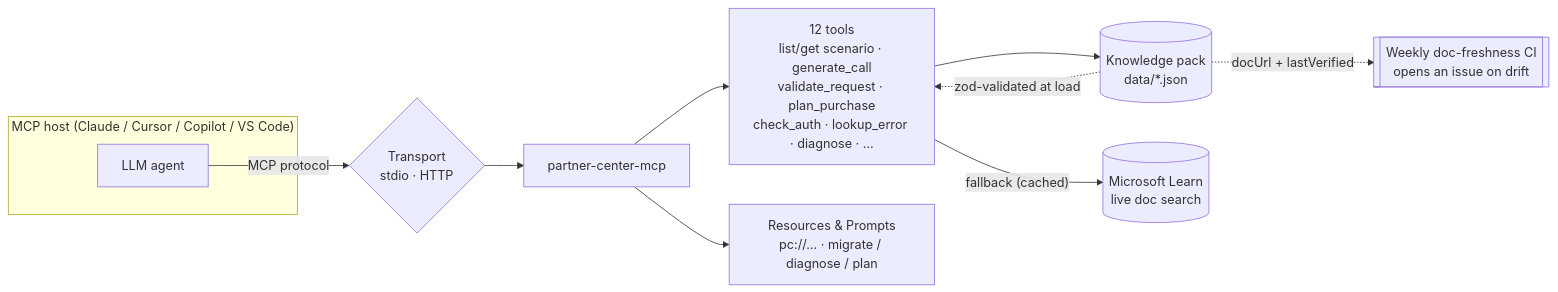
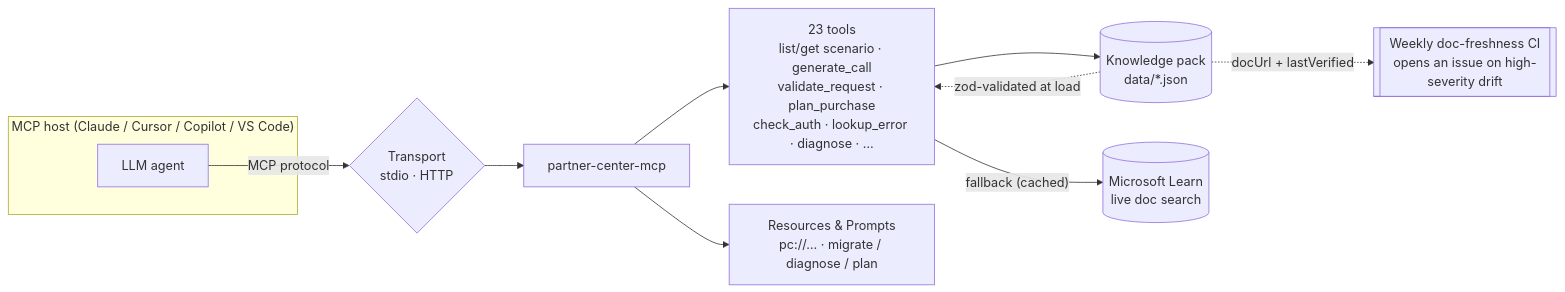
Before and after one commit to tunahanaliozturk/partner-center-mcp: the diagram in README.md, drawn with Mermaid. The commit also changed other lines of this file and 1 other file, not shown here.

````diff
--- a/README.md
+++ b/README.md
@@ -29,14 +29,14 @@
 ```mermaid
 flowchart LR
   subgraph Host["MCP host (Claude / Cursor / Copilot / VS Code)"]
     LLM["LLM agent"]
   end
   LLM -->|"MCP protocol"| T{"Transport<br/>stdio · HTTP"}
   T --> S["partner-center-mcp"]
-  S --> Tools["12 tools<br/>list/get scenario · generate_call<br/>validate_request · plan_purchase<br/>check_auth · lookup_error · diagnose · …"]
+  S --> Tools["23 tools<br/>list/get scenario · generate_call<br/>validate_request · plan_purchase<br/>check_auth · lookup_error · diagnose · …"]
   S --> RP["Resources & Prompts<br/>pc://… · migrate / diagnose / plan"]
   Tools --> KP[("Knowledge pack<br/>data/*.json")]
   KP -. "zod-validated at load" .-> Tools
   Tools -->|"fallback (cached)"| ML[("Microsoft Learn<br/>live doc search")]
-  KP -. "docUrl + lastVerified" .-> CI[["Weekly doc-freshness CI<br/>opens an issue on drift"]]
+  KP -. "docUrl + lastVerified" .-> CI[["Weekly doc-freshness CI<br/>opens an issue on high-severity drift"]]
 ```
````
